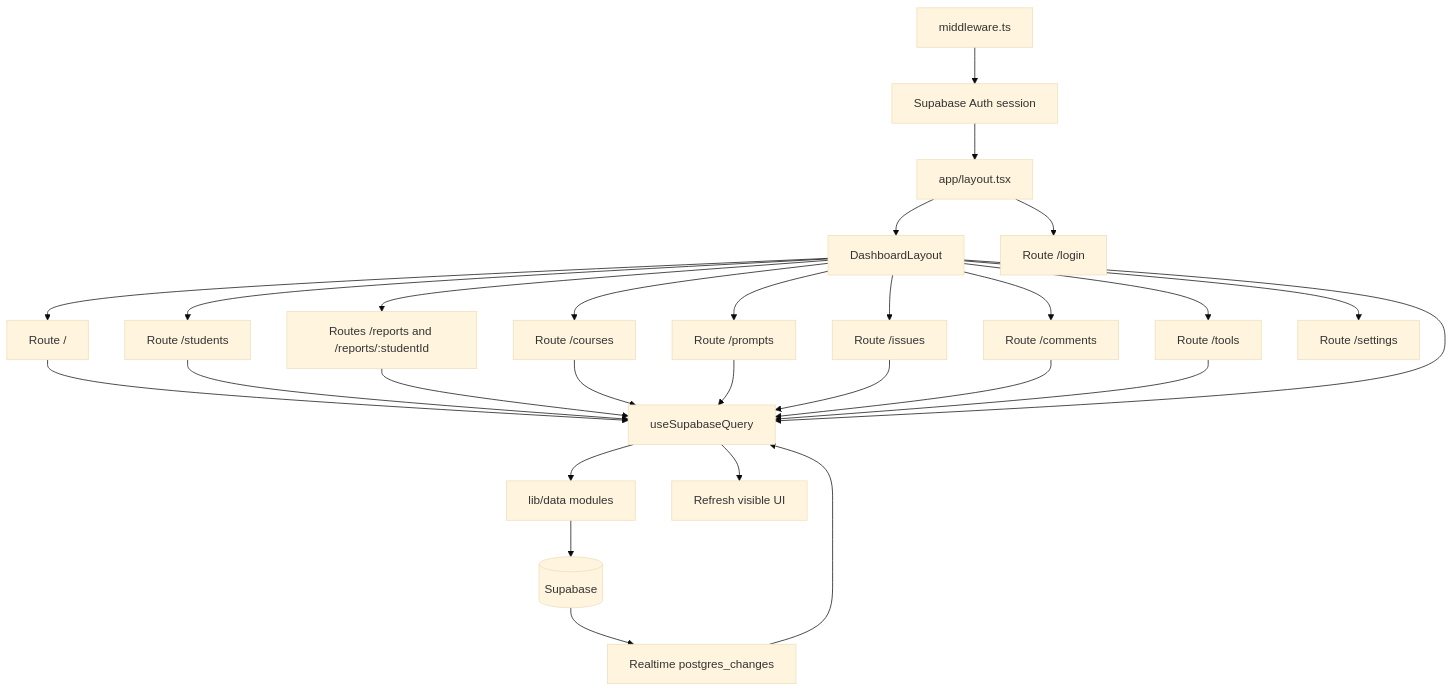
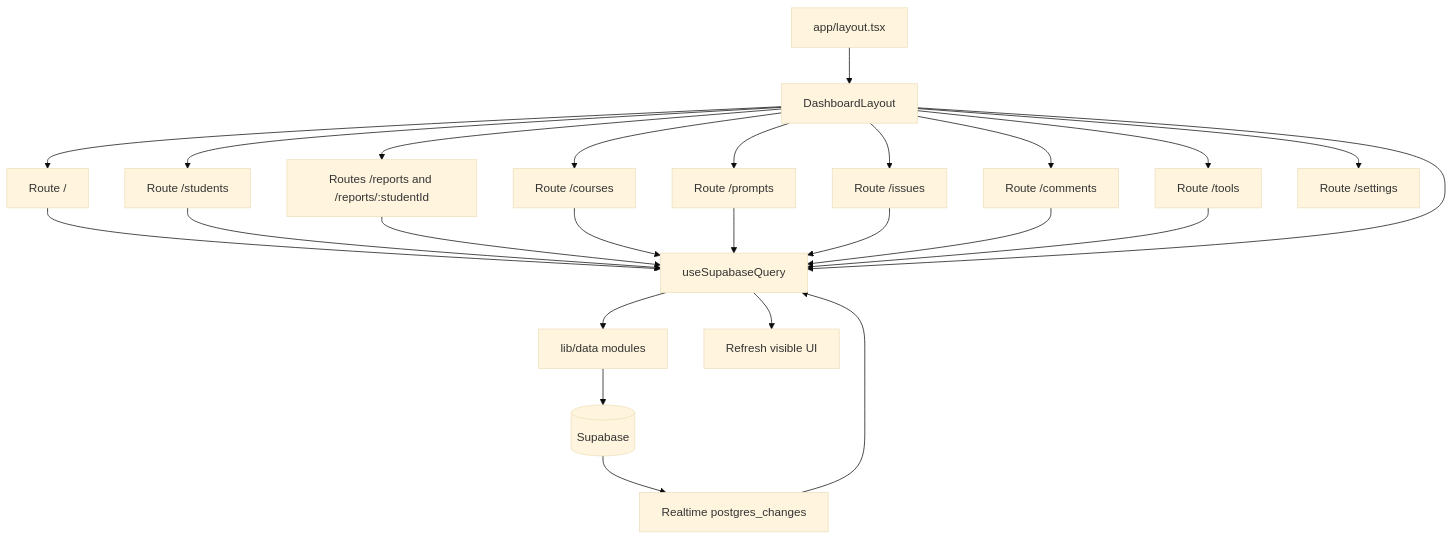
One commit to muhammadjamshed7/Assignmentwork changed the first of 16 diagrams in SYSTEM_FLOW.md. Above: the diagram before and after it, drawn with Mermaid (base theme). The commit also changed other lines of this file and 100 other files, not shown here.

````diff
--- a/SYSTEM_FLOW.md
+++ b/SYSTEM_FLOW.md
@@ -11,32 +11,29 @@
 ```mermaid
 flowchart TD
   Root[app/layout.tsx] --> Shell[DashboardLayout]
-  Root --> Login[Route /login]
-  Middleware[middleware.ts] --> Auth[Supabase Auth session]
-  Auth --> Root
   Shell --> Dashboard[Route /]
   Shell --> Students[Route /students]
   Shell --> Reports[Routes /reports and /reports/:studentId]
   Shell --> Courses[Route /courses]
   Shell --> Prompts[Route /prompts]
   Shell --> Issues[Route /issues]
   Shell --> Comments[Route /comments]
   Shell --> Tools[Route /tools]
   Shell --> Settings[Route /settings]
 
   Dashboard --> Hook[useSupabaseQuery]
   Students --> Hook
   Reports --> Hook
   Courses --> Hook
   Prompts --> Hook
   Issues --> Hook
   Comments --> Hook
   Tools --> Hook
   Shell --> Hook
 
   Hook --> DataModules[lib/data modules]
   DataModules --> Supabase[(Supabase)]
   Supabase --> Realtime[Realtime postgres_changes]
   Realtime --> Hook
   Hook --> Pages[Refresh visible UI]
 ```
````
